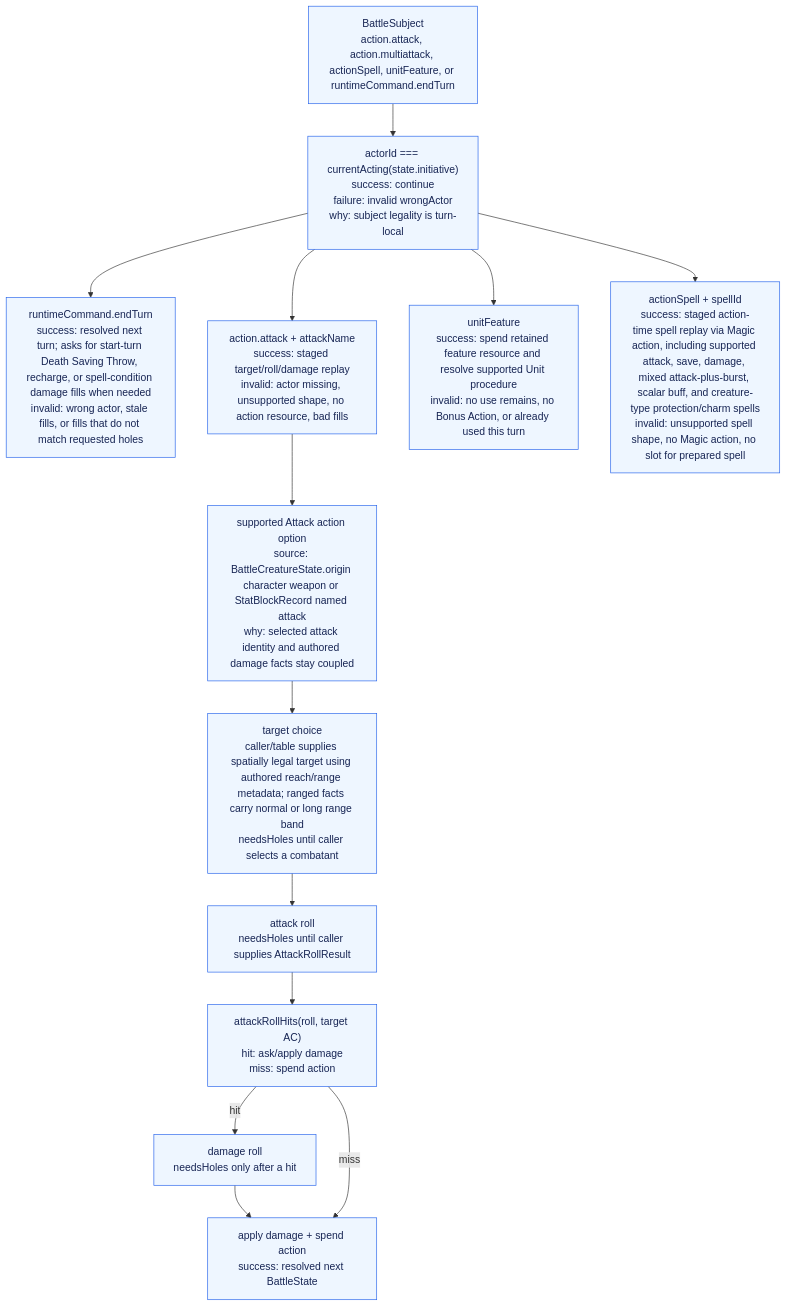
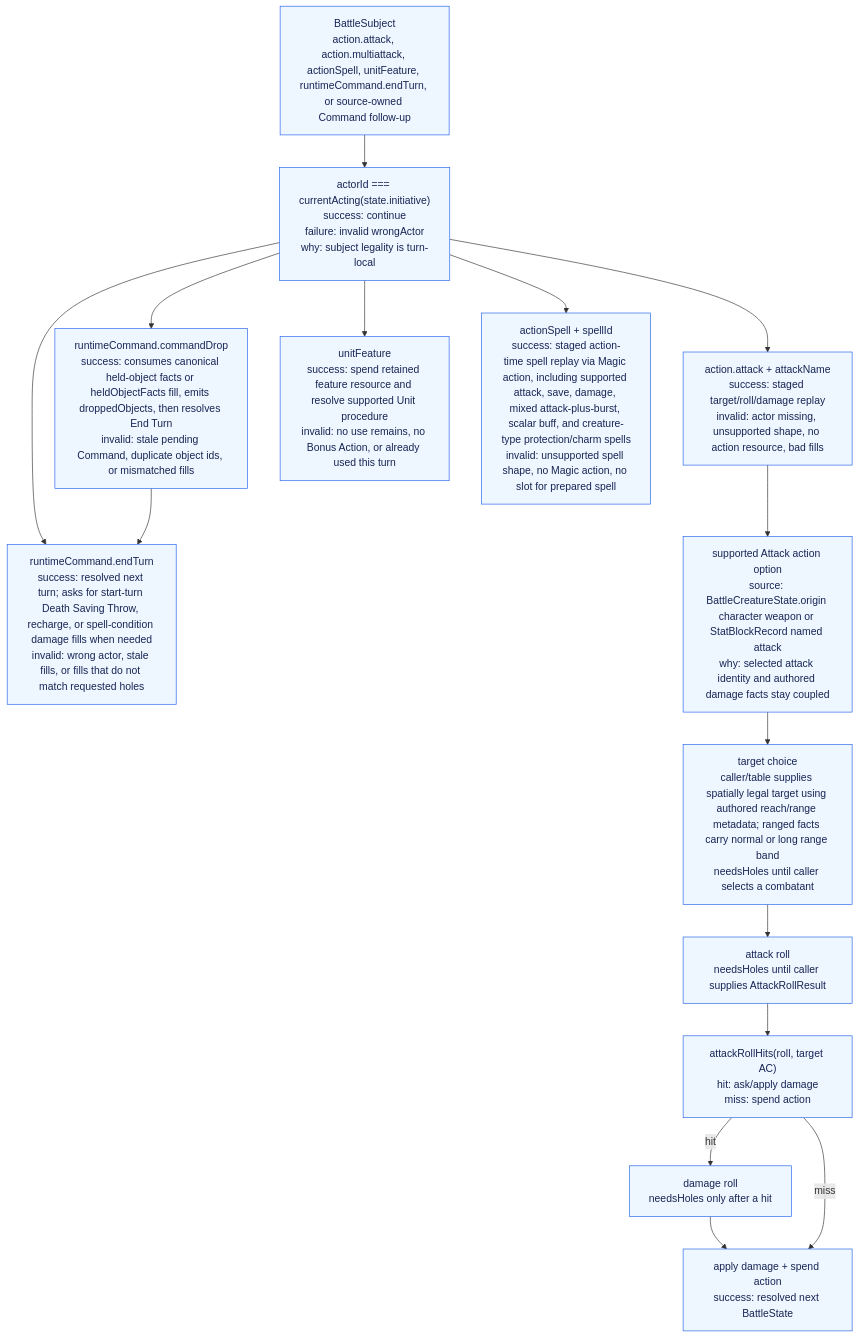
The second of 2 diagrams in packages/battle-runtime/ARCHITECTURE_GRAPH.md (dearlordylord/5e-quint), drawn with Mermaid before and after one commit. The commit also changed other lines of this file and 19 other files, not shown here.

Commit message:
Promote Command Drop held-object boundary

````diff
--- a/packages/battle-runtime/ARCHITECTURE_GRAPH.md
+++ b/packages/battle-runtime/ARCHITECTURE_GRAPH.md
@@ -106,26 +108,28 @@
 ```mermaid
 flowchart TD
-  Subject["BattleSubject<br/>action.attack, action.multiattack, actionSpell, unitFeature, or runtimeCommand.endTurn"]
+  Subject["BattleSubject<br/>action.attack, action.multiattack, actionSpell, unitFeature, runtimeCommand.endTurn, or source-owned Command follow-up"]
   CurrentActor["actorId === currentActing(state.initiative)<br/>success: continue<br/>failure: invalid wrongActor<br/>why: subject legality is turn-local"]
   EndTurn["runtimeCommand.endTurn<br/>success: resolved next turn; asks for start-turn Death Saving Throw, recharge, or spell-condition damage fills when needed<br/>invalid: wrong actor, stale fills, or fills that do not match requested holes"]
+  CommandDrop["runtimeCommand.commandDrop<br/>success: consumes canonical held-object facts or heldObjectFacts fill, emits droppedObjects, then resolves End Turn<br/>invalid: stale pending Command, duplicate object ids, or mismatched fills"]
   Attack["action.attack + attackName<br/>success: staged target/roll/damage replay<br/>invalid: actor missing, unsupported shape, no action resource, bad fills"]
   UnitFeature["unitFeature<br/>success: spend retained feature resource and resolve supported Unit procedure<br/>invalid: no use remains, no Bonus Action, or already used this turn"]
   Magic["actionSpell + spellId<br/>success: staged action-time spell replay via Magic action, including supported attack, save, damage, mixed attack-plus-burst, scalar buff, and creature-type protection/charm spells<br/>invalid: unsupported spell shape, no Magic action, no slot for prepared spell"]
   AttackOption["supported Attack action option<br/>source: BattleCreatureState.origin character weapon or StatBlockRecord named attack<br/>why: selected attack identity and authored damage facts stay coupled"]
   Target["target choice<br/>caller/table supplies spatially legal target using authored reach/range metadata; ranged facts carry normal or long range band<br/>needsHoles until caller selects a combatant"]
   Roll["attack roll<br/>needsHoles until caller supplies AttackRollResult"]
   HitCheck["attackRollHits(roll, target AC)<br/>hit: ask/apply damage<br/>miss: spend action"]
   DamageHole["damage roll<br/>needsHoles only after a hit"]
   Apply["apply damage + spend action<br/>success: resolved next BattleState"]
 
   Subject --> CurrentActor
   CurrentActor --> EndTurn
+  CurrentActor --> CommandDrop --> EndTurn
   CurrentActor --> Attack --> AttackOption --> Target --> Roll --> HitCheck
   CurrentActor --> UnitFeature
   CurrentActor --> Magic
   HitCheck -->|hit| DamageHole --> Apply
   HitCheck -->|miss| Apply
 
   classDef implemented fill:#eef6ff,stroke:#2563eb,color:#172554;
-  class Subject,CurrentActor,EndTurn,Attack,UnitFeature,Magic,AttackOption,Target,Roll,HitCheck,DamageHole,Apply implemented;
+  class Subject,CurrentActor,EndTurn,CommandDrop,Attack,UnitFeature,Magic,AttackOption,Target,Roll,HitCheck,DamageHole,Apply implemented;
 ```
````
